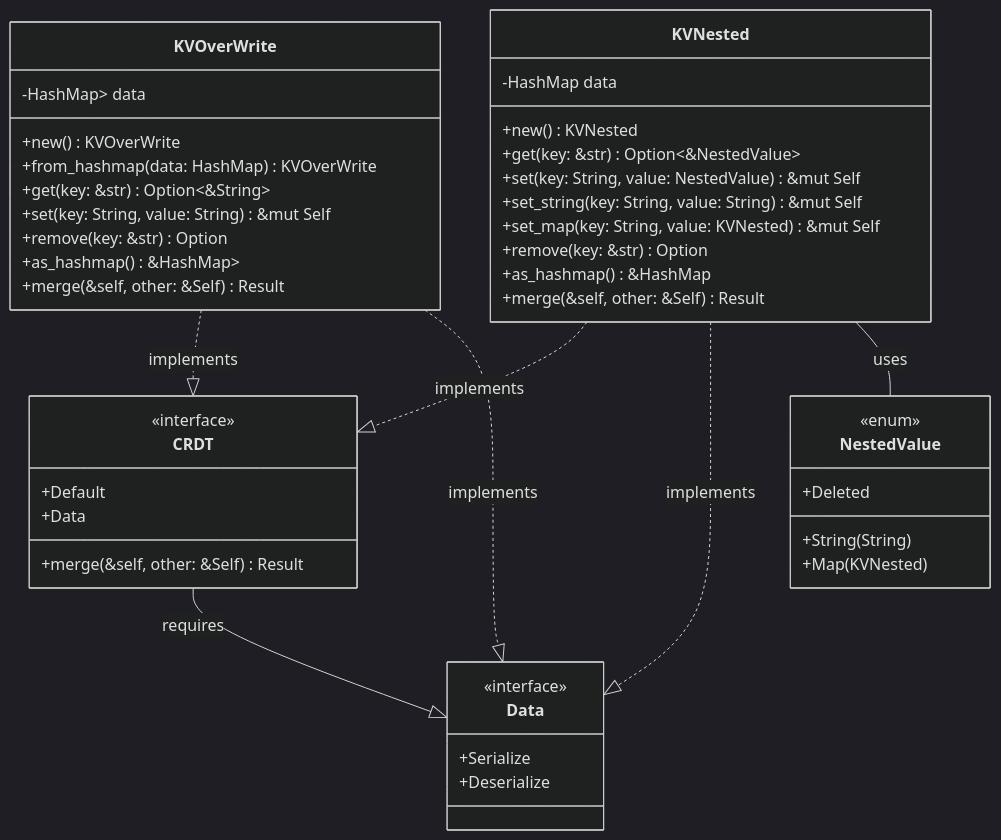
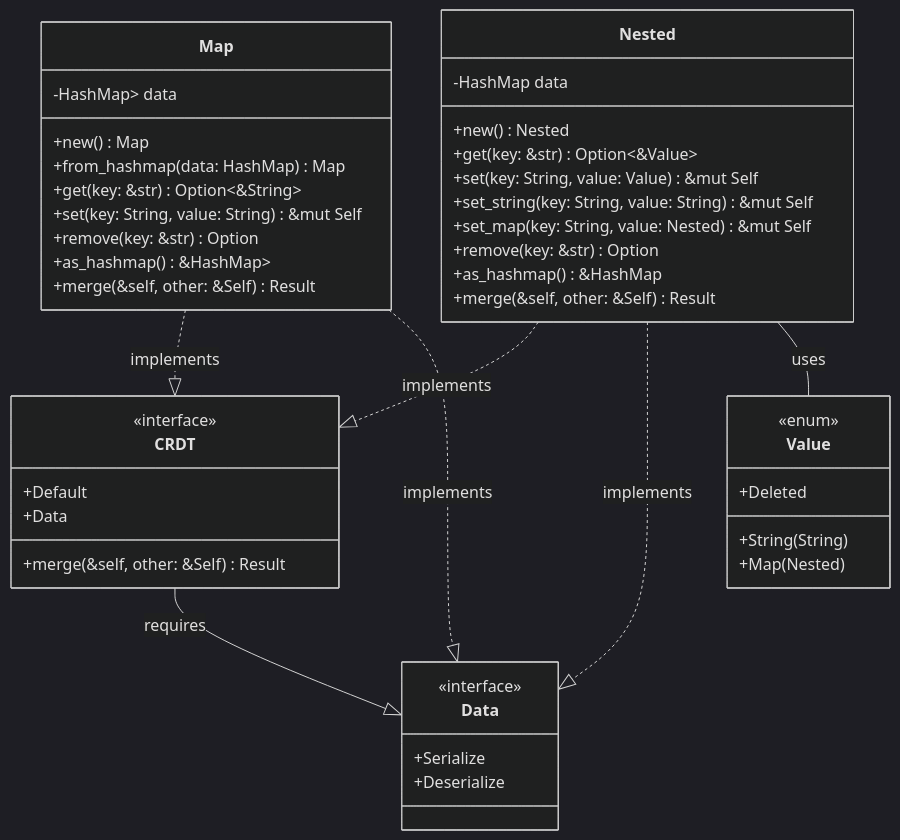
The diagram in docs/src/internal/core_components/crdt.md (arcuru/eidetica), drawn with Mermaid (dark theme) before and after one commit. The commit also changed other lines of this file and 12 other files, not shown here.

````diff
--- a/docs/src/internal/core_components/crdt.md
+++ b/docs/src/internal/core_components/crdt.md
@@ -7,52 +7,52 @@
 ```mermaid
 classDiagram
     class Data {
         <<interface>>
         +Serialize
         +Deserialize
     }
 
     class CRDT {
         <<interface>>
         +Default
         +Data
         +merge(&self, other: &Self) Result<Self>
     }
 
-    class KVOverWrite {
+    class Map {
         -HashMap<String, Option<String>> data
-        +new() KVOverWrite
-        +from_hashmap(data: HashMap<String, String>) KVOverWrite
+        +new() Map
+        +from_hashmap(data: HashMap<String, String>) Map
         +get(key: &str) Option<&String>
         +set(key: String, value: String) &mut Self
         +remove(key: &str) Option<String>
         +as_hashmap() &HashMap<String, Option<String>>
         +merge(&self, other: &Self) Result<Self>
     }
 
-    class NestedValue {
+    class Value {
         <<enum>>
         +String(String)
-        +Map(KVNested)
+        +Map(Nested)
         +Deleted
     }
 
-    class KVNested {
-        -HashMap<String, NestedValue> data
-        +new() KVNested
-        +get(key: &str) Option<&NestedValue>
-        +set(key: String, value: NestedValue) &mut Self
+    class Nested {
+        -HashMap<String, Value> data
+        +new() Nested
+        +get(key: &str) Option<&Value>
+        +set(key: String, value: Value) &mut Self
         +set_string(key: String, value: String) &mut Self
-        +set_map(key: String, value: KVNested) &mut Self
-        +remove(key: &str) Option<NestedValue>
-        +as_hashmap() &HashMap<String, NestedValue>
+        +set_map(key: String, value: Nested) &mut Self
+        +remove(key: &str) Option<Value>
+        +as_hashmap() &HashMap<String, Value>
         +merge(&self, other: &Self) Result<Self>
     }
 
     CRDT --|> Data : requires
-    KVOverWrite ..|> CRDT : implements
-    KVOverWrite ..|> Data : implements
-    KVNested ..|> CRDT : implements
-    KVNested ..|> Data : implements
-    KVNested -- NestedValue : uses
+    Map ..|> CRDT : implements
+    Map ..|> Data : implements
+    Nested ..|> CRDT : implements
+    Nested ..|> Data : implements
+    Nested -- Value : uses
 ```
````
